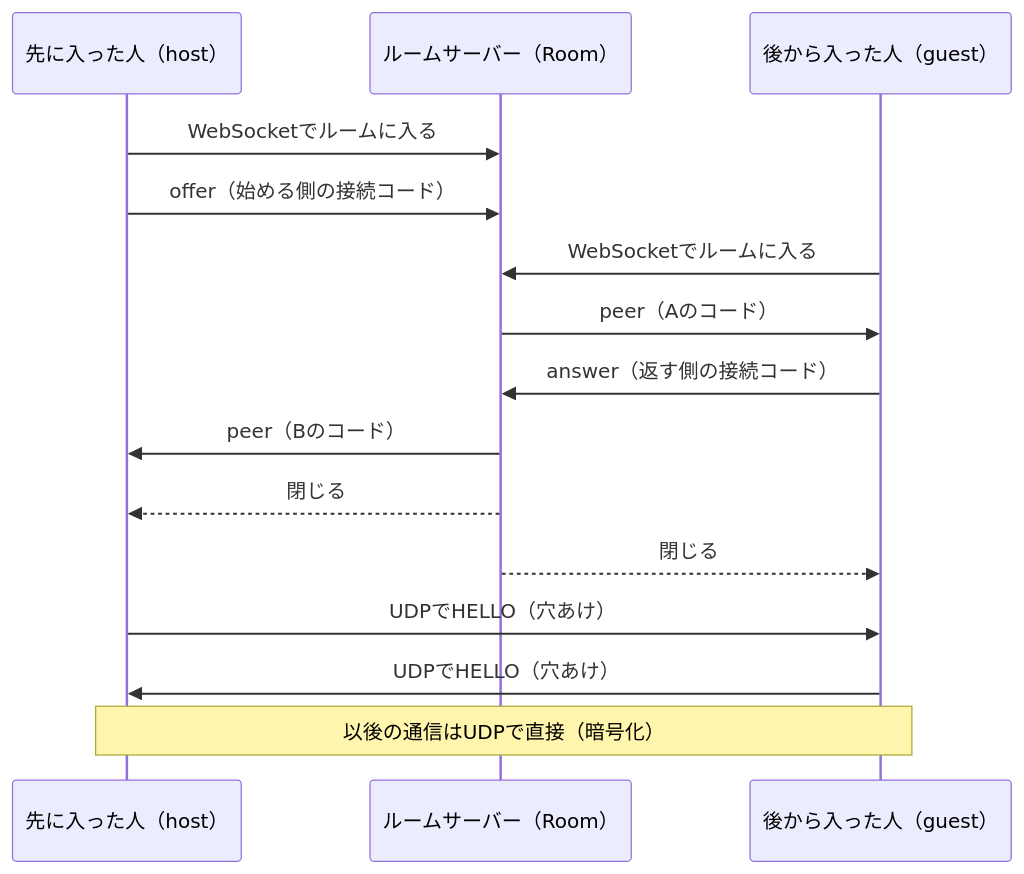
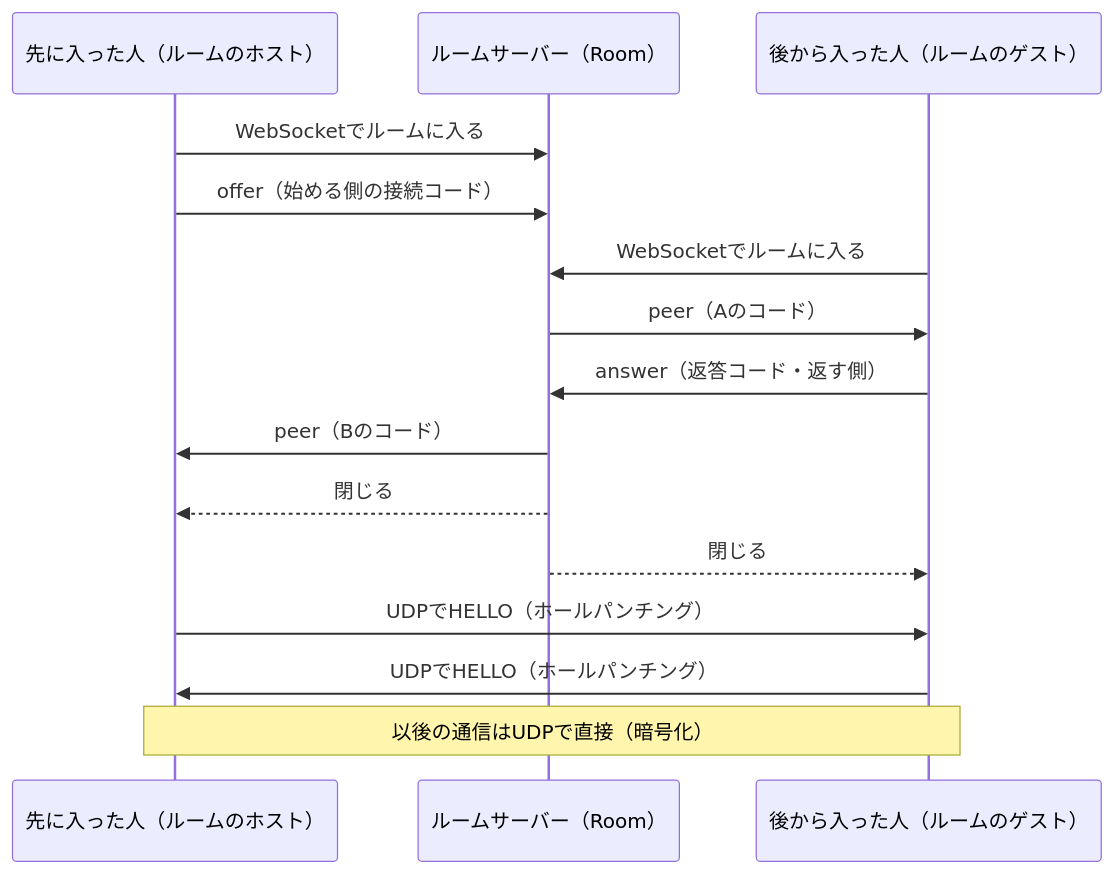
Before and after one commit to Mako-th/HiganRTool: the second of 2 diagrams in TECHNICAL.md, drawn with Mermaid. The commit also changed other lines of this file and 63 other files, not shown here.

````diff
--- a/TECHNICAL.md
+++ b/TECHNICAL.md
@@ -406,17 +410,17 @@
 ```mermaid
 sequenceDiagram
-  participant A as 先に入った人（host）
+  participant A as 先に入った人（ルームのホスト）
   participant S as ルームサーバー（Room）
-  participant B as 後から入った人（guest）
+  participant B as 後から入った人（ルームのゲスト）
   A->>S: WebSocketでルームに入る
   A->>S: offer（始める側の接続コード）
   B->>S: WebSocketでルームに入る
   S->>B: peer（Aのコード）
-  B->>S: answer（返す側の接続コード）
+  B->>S: answer（返答コード・返す側）
   S->>A: peer（Bのコード）
   S-->>A: 閉じる
   S-->>B: 閉じる
-  A->>B: UDPでHELLO（穴あけ）
-  B->>A: UDPでHELLO（穴あけ）
+  A->>B: UDPでHELLO（ホールパンチング）
+  B->>A: UDPでHELLO（ホールパンチング）
   Note over A,B: 以後の通信はUDPで直接（暗号化）
 ```
````
